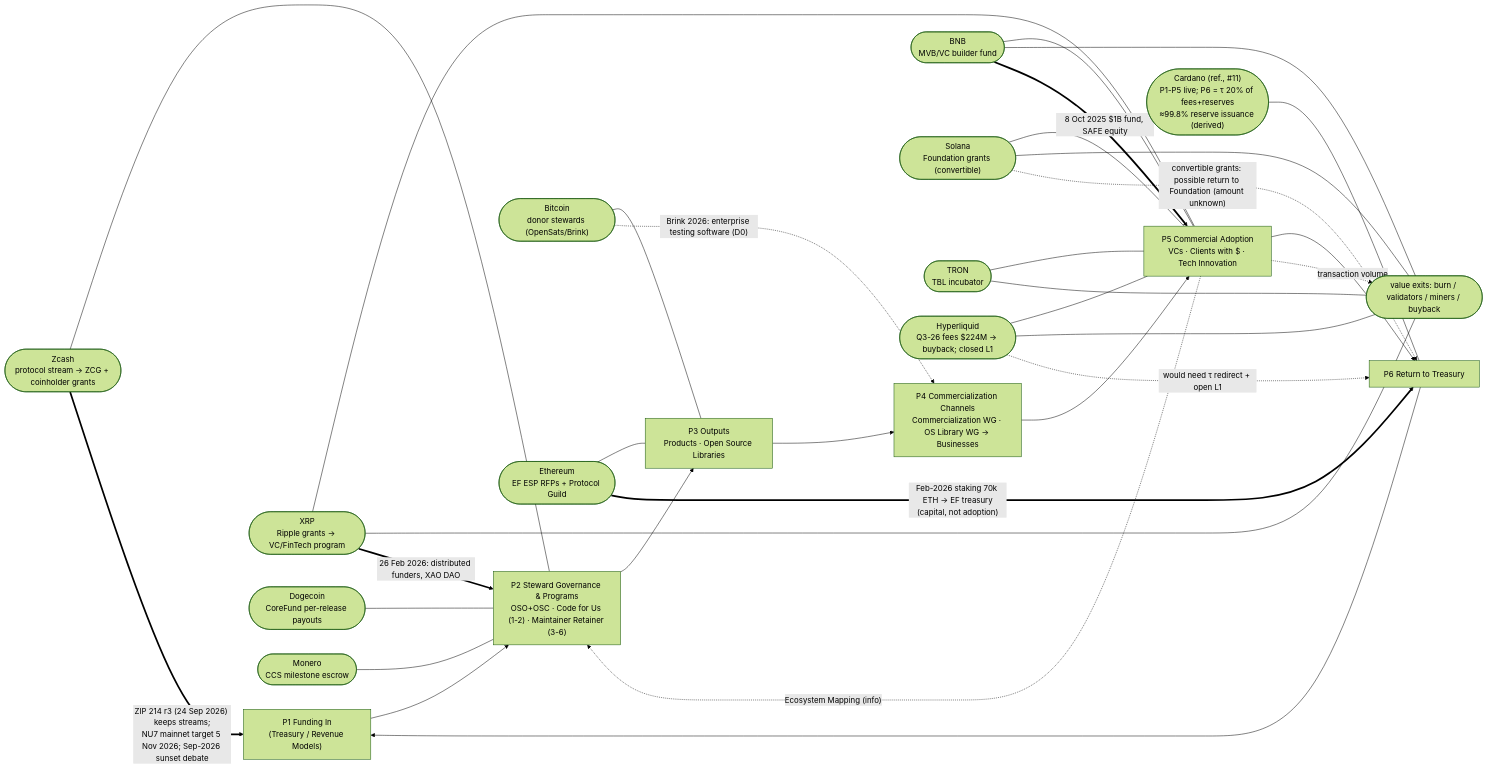
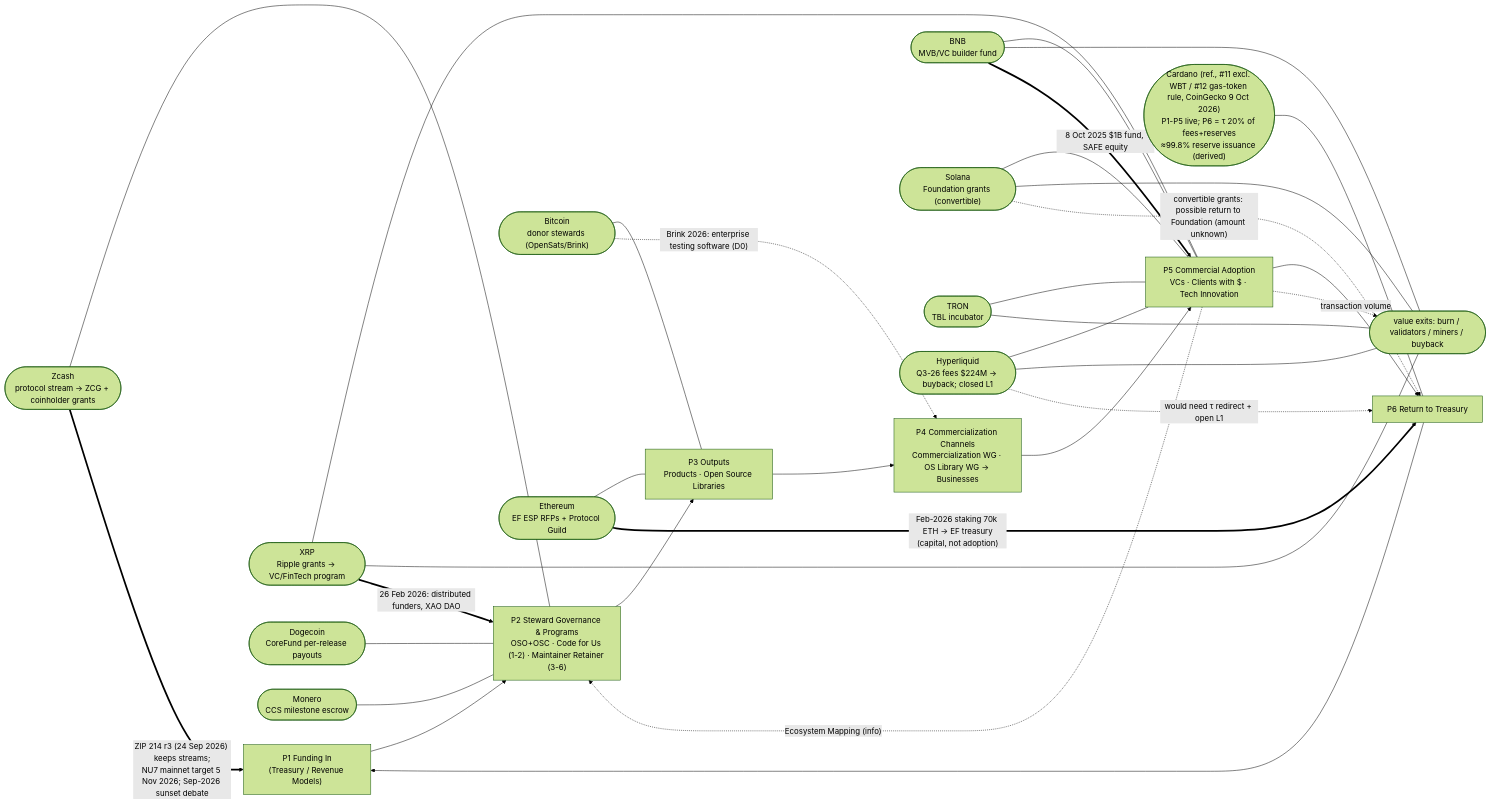
Before and after one commit to LF-Decentralized-Trust-labs/os-frontiers: the diagram in docs/chains/posm-cycle-chain-map.md, drawn with Mermaid (forest theme). The commit also changed other lines of this file and 27 other files, not shown here.

````diff
--- a/docs/chains/posm-cycle-chain-map.md
+++ b/docs/chains/posm-cycle-chain-map.md
@@ -100,42 +100,42 @@
 ```mermaid
 flowchart LR
   %% POSM cycle as drawn in the Intersect whitepaper p.11 (condensed)
   P1["P1 Funding In<br/>(Treasury / Revenue Models)"] --> P2["P2 Steward Governance & Programs<br/>OSO+OSC · Code for Us (1-2) · Maintainer Retainer (3-6)"]
   P2 --> P3["P3 Outputs<br/>Products · Open Source Libraries"]
   P3 --> P4["P4 Commercialization Channels<br/>Commercialization WG · OS Library WG → Businesses"]
   P4 --> P5["P5 Commercial Adoption<br/>VCs · Clients with $ · Tech Innovation"]
   P5 -->|"transaction volume"| P6["P6 Return to Treasury"]
   P6 --> P1
   P5 -.->|"Ecosystem Mapping (info)"| P2
   P5 -.-> LEAK(["value exits: burn / validators / miners / buyback"])
 
   %% Reference implementation
-  ADA(["Cardano (ref., #11)<br/>P1-P5 live; P6 = τ 20% of fees+reserves<br/>≈99.8% reserve issuance (derived)"]) --- P6
+  ADA(["Cardano (ref., #11 excl. WBT / #12 gas-token rule, CoinGecko 9 Oct 2026)<br/>P1-P5 live; P6 = τ 20% of fees+reserves<br/>≈99.8% reserve issuance (derived)"]) --- P6
 
   %% Current placement of top-10 chains (furthest connected POSM stage)
   BTC(["Bitcoin<br/>donor stewards (OpenSats/Brink)"]) --- P3
   ETH(["Ethereum<br/>EF ESP RFPs + Protocol Guild"]) --- P3
   BNB(["BNB<br/>MVB/VC builder fund"]) --- P5
   XRP(["XRP<br/>Ripple grants → VC/FinTech program"]) --- P5
   SOL(["Solana<br/>Foundation grants (convertible)"]) --- P5
   TRX(["TRON<br/>TBL incubator"]) --- P5
   ZEC(["Zcash<br/>protocol stream → ZCG + coinholder grants"]) --- P2
   HYPE(["Hyperliquid<br/>Q3-26 fees $224M → buyback; closed L1"]) --- P5
   DOGE(["Dogecoin<br/>CoreFund per-release payouts"]) --- P2
   XMR(["Monero<br/>CCS milestone escrow"]) --- P2
 
   BNB --- LEAK
   XRP --- LEAK
   TRX --- LEAK
   HYPE --- LEAK
   SOL --- LEAK
 
   %% Direction of travel (dated)
   ETH ==>|"Feb-2026 staking 70k ETH → EF treasury<br/>(capital, not adoption)"| P6
   SOL -.->|"convertible grants: possible return to Foundation (amount unknown)"| P6
   ZEC ==>|"ZIP 214 r3 (24 Sep 2026) keeps streams;<br/>NU7 mainnet target 5 Nov 2026; Sep-2026 sunset debate"| P1
   XRP ==>|"26 Feb 2026: distributed funders, XAO DAO"| P2
   BNB ==>|"8 Oct 2025 $1B fund, SAFE equity"| P5
   HYPE -.->|"would need τ redirect + open L1"| P6
   BTC -.->|"Brink 2026: enterprise testing software (D0)"| P4
 ```
````
